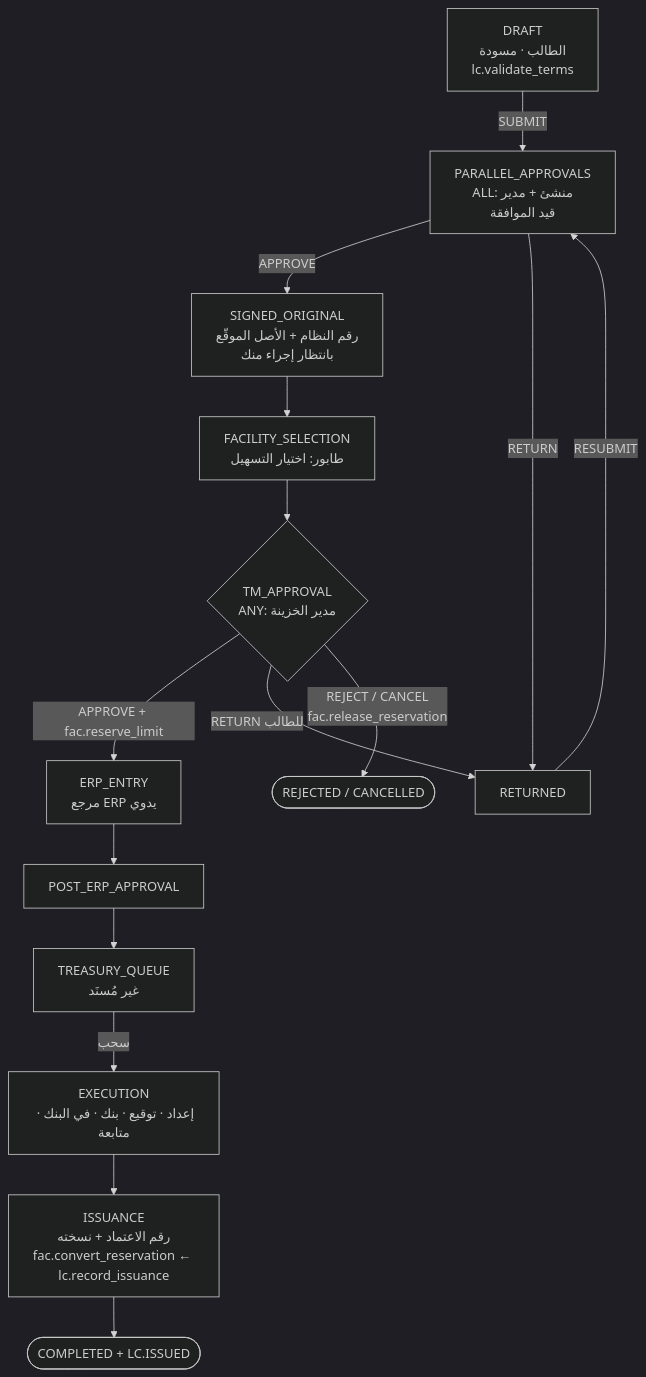
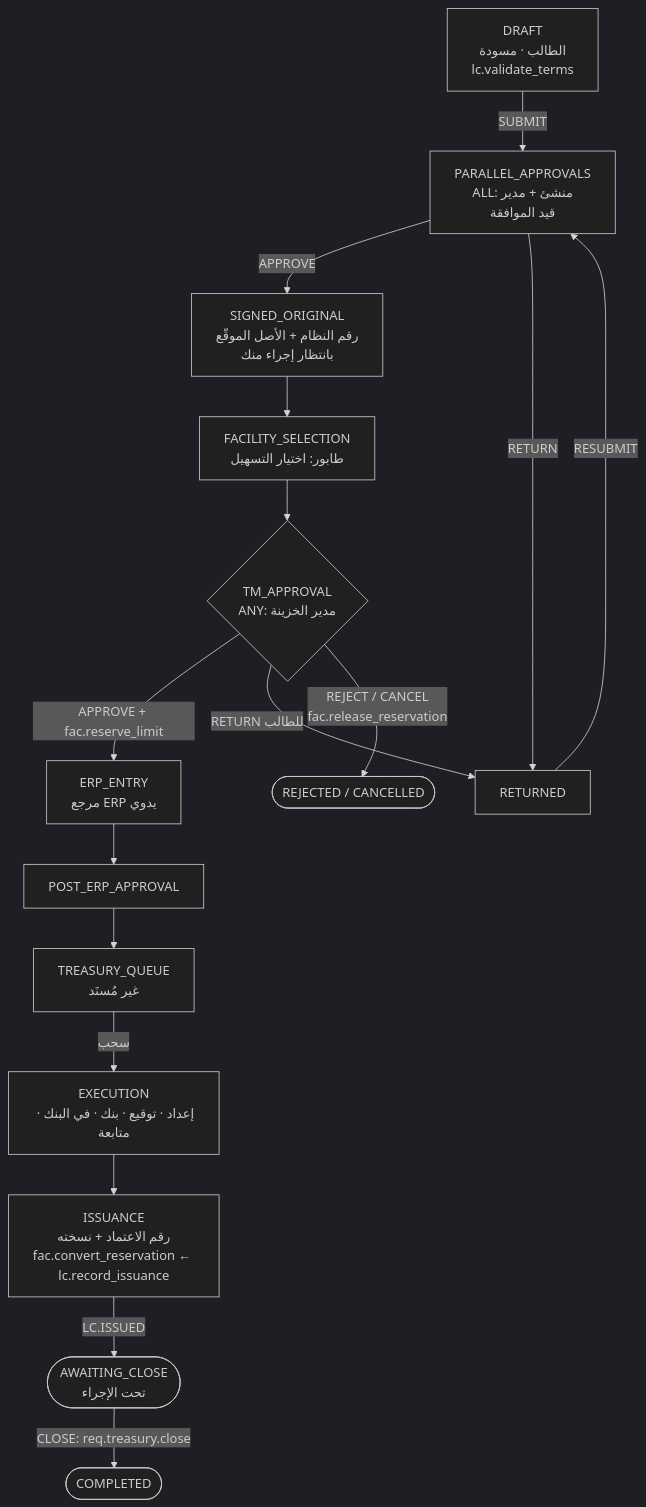
The second of 4 diagrams in treasury-platform/docs/10-detailed-analysis/13-m6-workflow-engine-notifications.md (thawrasy/smartlines), drawn with Mermaid (dark theme) before and after one commit. The commit also changed other lines of this file and 4 other files, not shown here.

````diff
--- a/treasury-platform/docs/10-detailed-analysis/13-m6-workflow-engine-notifications.md
+++ b/treasury-platform/docs/10-detailed-analysis/13-m6-workflow-engine-notifications.md
@@ -461,17 +464,18 @@
 ```mermaid
 flowchart TD
   D["DRAFT<br/>الطالب · مسودة<br/>lc.validate_terms"] -->|SUBMIT| P["PARALLEL_APPROVALS<br/>ALL: منشئ + مدير<br/>قيد الموافقة"]
   P -->|APPROVE| S["SIGNED_ORIGINAL<br/>رقم النظام + الأصل الموقّع<br/>بانتظار إجراء منك"]
   S --> F["FACILITY_SELECTION<br/>طابور: اختيار التسهيل"]
   F --> T{"TM_APPROVAL<br/>ANY: مدير الخزينة"}
   T -- "APPROVE + fac.reserve_limit" --> E["ERP_ENTRY<br/>مرجع ERP يدوي"]
   E --> A["POST_ERP_APPROVAL"]
   A --> Q["TREASURY_QUEUE<br/>غير مُسنَد"]
   Q -- "سحب" --> X["EXECUTION<br/>إعداد · توقيع · بنك · في البنك · متابعة"]
   X --> I["ISSUANCE<br/>رقم الاعتماد + نسخته<br/>fac.convert_reservation ← lc.record_issuance"]
-  I --> C(["COMPLETED + LC.ISSUED"])
+  I -- "LC.ISSUED" --> W(["AWAITING_CLOSE<br/>تحت الإجراء"])
+  W -- "CLOSE: req.treasury.close" --> C(["COMPLETED"])
   P -- RETURN --> R["RETURNED"]
   T -- "RETURN للطالب" --> R
   R -- RESUBMIT --> P
   T -- "REJECT / CANCEL<br/>fac.release_reservation" --> Z(["REJECTED / CANCELLED"])
 ```
````
